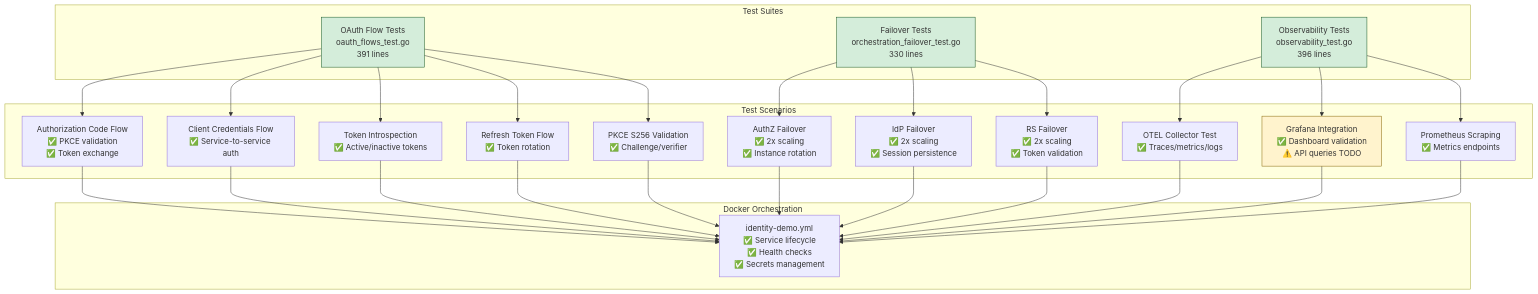
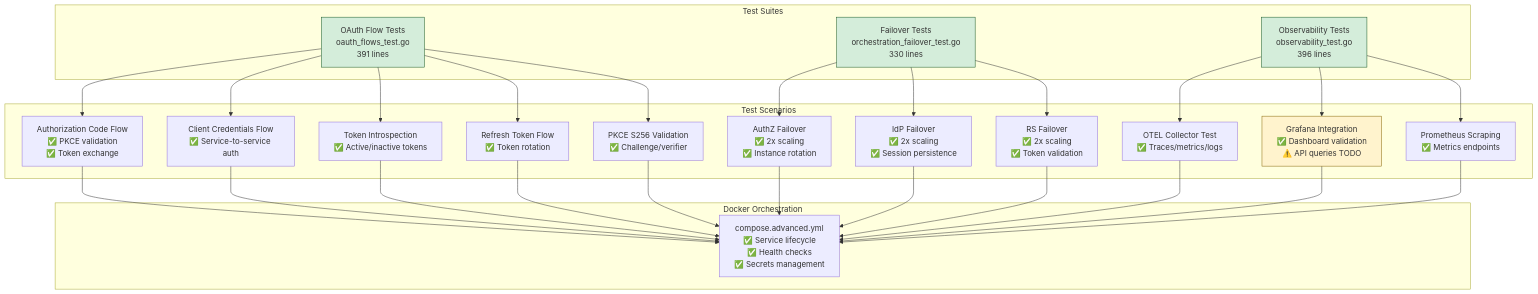
One commit to justincranford/cryptoutil changed the sixth of 7 diagrams in docs/02-identityV2/passthru1/task-01-architecture-diagrams.md. Above: the diagram before and after it, drawn with Mermaid. The commit also changed other lines of this file and 11 other files, not shown here.

````diff
--- a/docs/02-identityV2/passthru1/task-01-architecture-diagrams.md
+++ b/docs/02-identityV2/passthru1/task-01-architecture-diagrams.md
@@ -274,41 +274,41 @@
 ```mermaid
 flowchart TB
     subgraph "Test Suites"
         OAuth[OAuth Flow Tests<br/>oauth_flows_test.go<br/>391 lines]
         Failover[Failover Tests<br/>orchestration_failover_test.go<br/>330 lines]
         Obs[Observability Tests<br/>observability_test.go<br/>396 lines]
     end
 
     subgraph "Test Scenarios"
         AuthCode[Authorization Code Flow<br/>✅ PKCE validation<br/>✅ Token exchange]
         ClientCreds[Client Credentials Flow<br/>✅ Service-to-service auth]
         Introspect[Token Introspection<br/>✅ Active/inactive tokens]
         Refresh[Refresh Token Flow<br/>✅ Token rotation]
         PKCE[PKCE S256 Validation<br/>✅ Challenge/verifier]
 
         AuthZFailover[AuthZ Failover<br/>✅ 2x scaling<br/>✅ Instance rotation]
         IdPFailover[IdP Failover<br/>✅ 2x scaling<br/>✅ Session persistence]
         RSFailover[RS Failover<br/>✅ 2x scaling<br/>✅ Token validation]
 
         OTELTest[OTEL Collector Test<br/>✅ Traces/metrics/logs]
         GrafanaTest[Grafana Integration<br/>✅ Dashboard validation<br/>⚠️ API queries TODO]
         PrometheusTest[Prometheus Scraping<br/>✅ Metrics endpoints]
     end
 
     subgraph "Docker Orchestration"
-        Compose[identity-demo.yml<br/>✅ Service lifecycle<br/>✅ Health checks<br/>✅ Secrets management]
+        Compose[compose.advanced.yml<br/>✅ Service lifecycle<br/>✅ Health checks<br/>✅ Secrets management]
     end
 
     OAuth --> AuthCode & ClientCreds & Introspect & Refresh & PKCE
     Failover --> AuthZFailover & IdPFailover & RSFailover
     Obs --> OTELTest & GrafanaTest & PrometheusTest
 
     AuthCode & ClientCreds & Introspect & Refresh & PKCE --> Compose
     AuthZFailover & IdPFailover & RSFailover --> Compose
     OTELTest & GrafanaTest & PrometheusTest --> Compose
 
     style OAuth fill:#d4edda,stroke:#155724
     style Failover fill:#d4edda,stroke:#155724
     style Obs fill:#d4edda,stroke:#155724
     style GrafanaTest fill:#fff3cd,stroke:#856404
 ```
````
